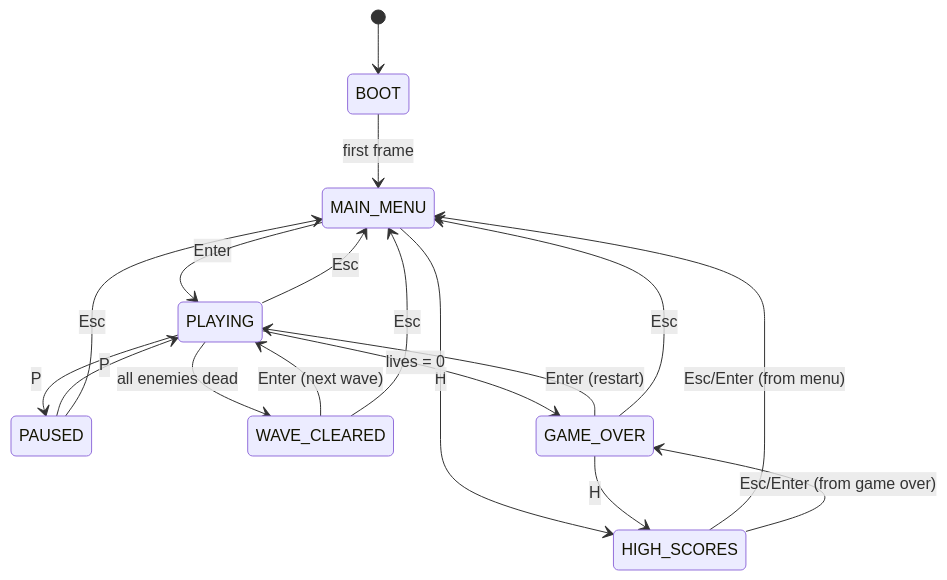
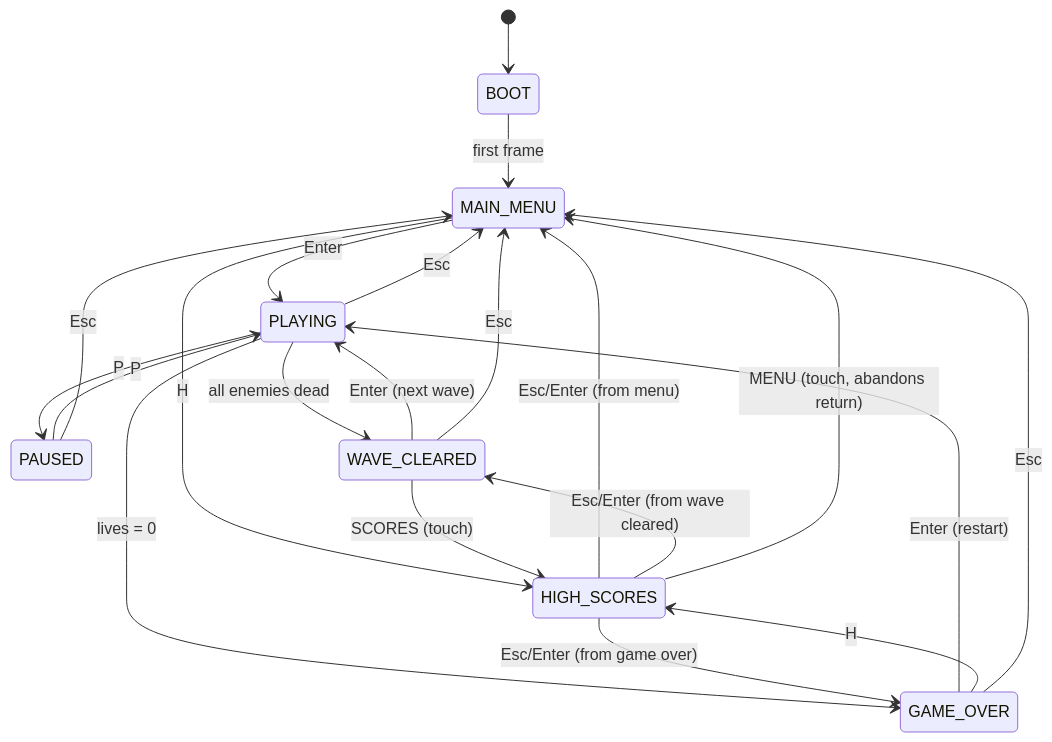
Before and after one commit to polydeuces32/nyc-212-invader: the diagram in docs/STATE_MACHINE.md, drawn with Mermaid. The commit also changed other lines of this file and 13 other files, not shown here.

````diff
--- a/docs/STATE_MACHINE.md
+++ b/docs/STATE_MACHINE.md
@@ -17,26 +17,29 @@
 ```mermaid
 stateDiagram-v2
     [*] --> BOOT
     BOOT --> MAIN_MENU : first frame
 
     MAIN_MENU --> PLAYING : Enter
     MAIN_MENU --> HIGH_SCORES : H
 
     PLAYING --> PAUSED : P
     PLAYING --> MAIN_MENU : Esc
     PLAYING --> WAVE_CLEARED : all enemies dead
     PLAYING --> GAME_OVER : lives = 0
 
     PAUSED --> PLAYING : P
     PAUSED --> MAIN_MENU : Esc
 
     WAVE_CLEARED --> PLAYING : Enter (next wave)
     WAVE_CLEARED --> MAIN_MENU : Esc
 
     GAME_OVER --> PLAYING : Enter (restart)
     GAME_OVER --> HIGH_SCORES : H
     GAME_OVER --> MAIN_MENU : Esc
 
+    WAVE_CLEARED --> HIGH_SCORES : SCORES (touch)
     HIGH_SCORES --> MAIN_MENU : Esc/Enter (from menu)
     HIGH_SCORES --> GAME_OVER : Esc/Enter (from game over)
+    HIGH_SCORES --> WAVE_CLEARED : Esc/Enter (from wave cleared)
+    HIGH_SCORES --> MAIN_MENU : MENU (touch, abandons return)
 ```
````
